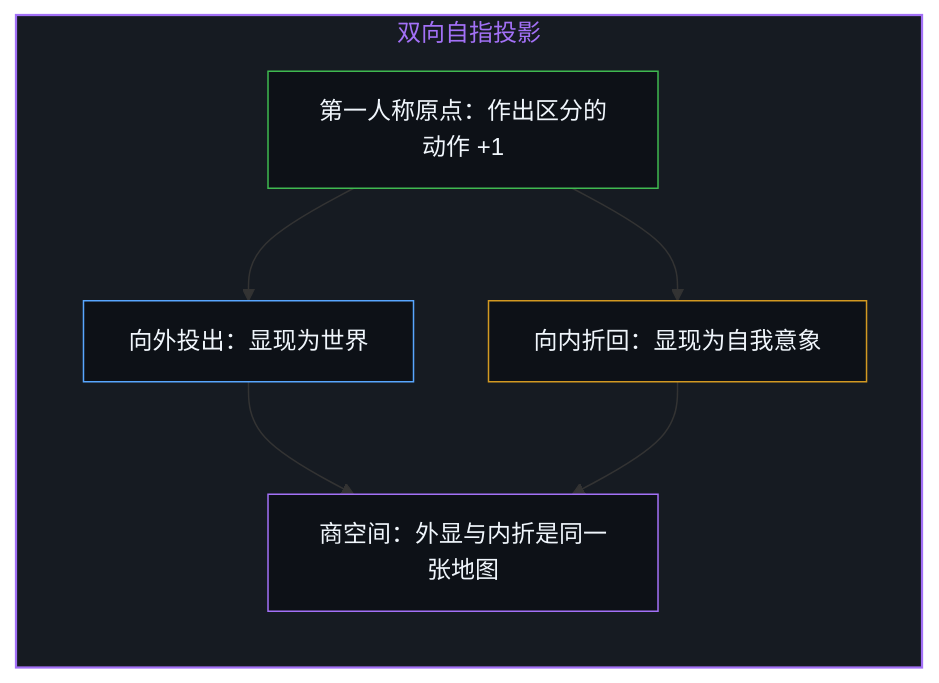
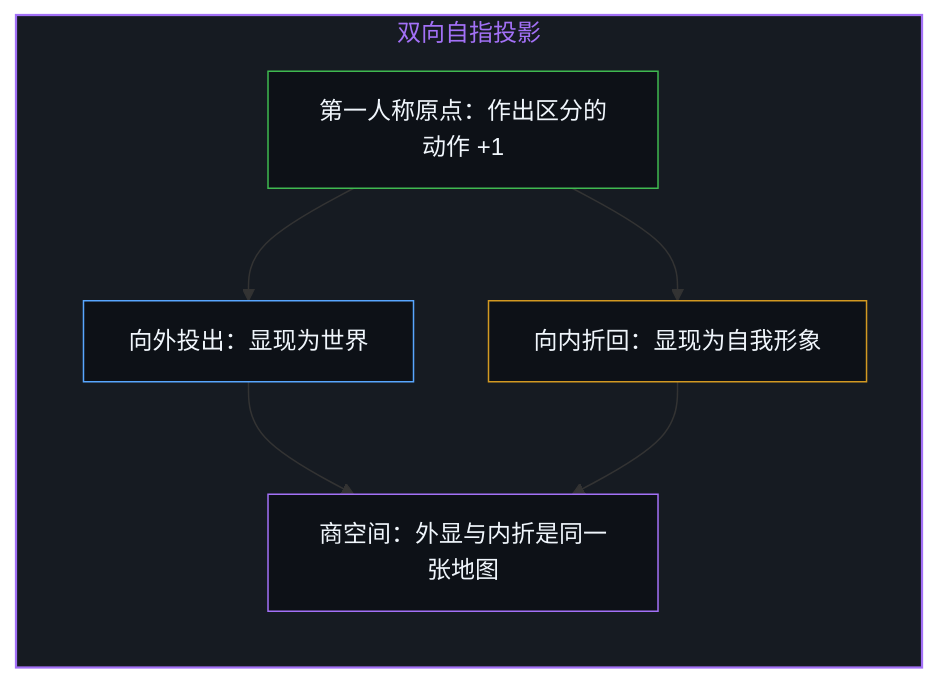
Before and after one commit to powerpig99/not-a-toe: the third of 12 diagrams in content/posts/the-geometry-of-the-cut.md, drawn with Mermaid. The commit also changed other lines of this file and 3 other files, not shown here.

````diff
--- a/content/posts/the-geometry-of-the-cut.md
+++ b/content/posts/the-geometry-of-the-cut.md
@@ -69,20 +69,20 @@
 ```mermaid
 flowchart TD
     subgraph S_Projection["双向自指投影"]
         direction TB
         Origin["第一人称原点：作出区分的动作 +1"]
         Out["向外投出：显现为世界"]
-        In["向内折回：显现为自我意象"]
+        In["向内折回：显现为自我形象"]
         Quotient["商空间：外显与内折是同一张地图"]
         Origin --> Out
         Origin --> In
         Out --> Quotient
         In --> Quotient
     end
 
     style S_Projection fill:#161b22,stroke:#a371f7,stroke-width:1.5px,color:#a371f7
     style Origin fill:#0d1117,stroke:#3fb950,stroke-width:1px,color:#f0f6fc
     style Out fill:#0d1117,stroke:#58a6ff,stroke-width:1px,color:#f0f6fc
     style In fill:#0d1117,stroke:#d29922,stroke-width:1px,color:#f0f6fc
     style Quotient fill:#0d1117,stroke:#a371f7,stroke-width:1px,color:#f0f6fc
 ```
````
